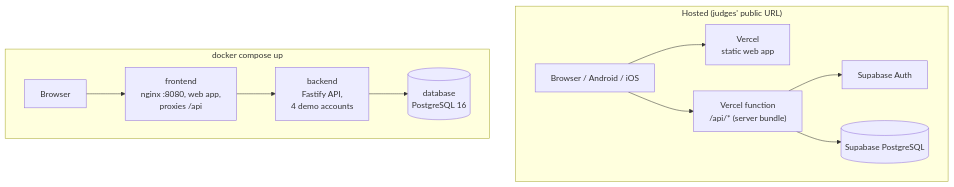
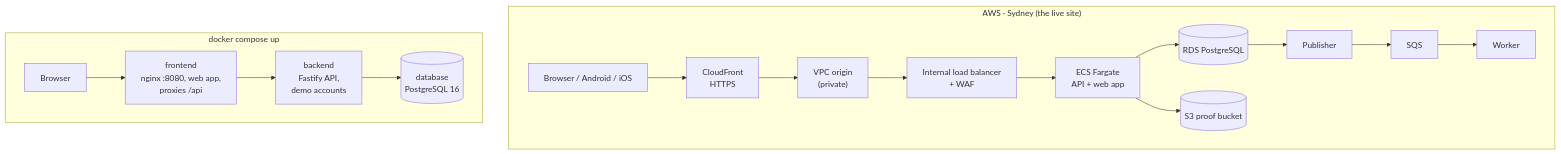
Before and after one commit to geemalfernando/Aevion_Kairon: the second of 6 diagrams in docs/architecture.md, drawn with Mermaid. The commit also changed other lines of this file and 9 other files, not shown here.

First line of the commit message:
docs: AWS architecture poster, architecture and data model for the live deployment

````diff
--- a/docs/architecture.md
+++ b/docs/architecture.md
@@ -77,16 +96,19 @@
 ```mermaid
 flowchart TB
-  subgraph Hosted["Hosted (judges' public URL)"]
+  subgraph AWS["AWS · Sydney (the live site)"]
     direction LR
-    B1["Browser / Android / iOS"] --> V1["Vercel<br/>static web app"]
-    B1 --> V2["Vercel function<br/>/api/* (server bundle)"]
-    V2 --> SBA["Supabase Auth"]
-    V2 --> SBD[("Supabase PostgreSQL")]
+    B1["Browser / Android / iOS"] --> CF["CloudFront<br/>HTTPS"]
+    CF --> VO["VPC origin<br/>(private)"]
+    VO --> ALB["Internal load balancer<br/>+ WAF"]
+    ALB --> API["ECS Fargate<br/>API + web app"]
+    API --> RDSA[("RDS PostgreSQL")]
+    API --> S3A[("S3 proof bucket")]
+    RDSA --> PUBA["Publisher"] --> Q["SQS"] --> WRKA["Worker"]
   end
   subgraph Local["docker compose up"]
     direction LR
     B2["Browser"] --> FE["frontend<br/>nginx :8080, web app,<br/>proxies /api"]
-    FE --> BE["backend<br/>Fastify API,<br/>4 demo accounts"]
+    FE --> BE["backend<br/>Fastify API,<br/>demo accounts"]
     BE --> DBL[("database<br/>PostgreSQL 16")]
   end
 ```
````
